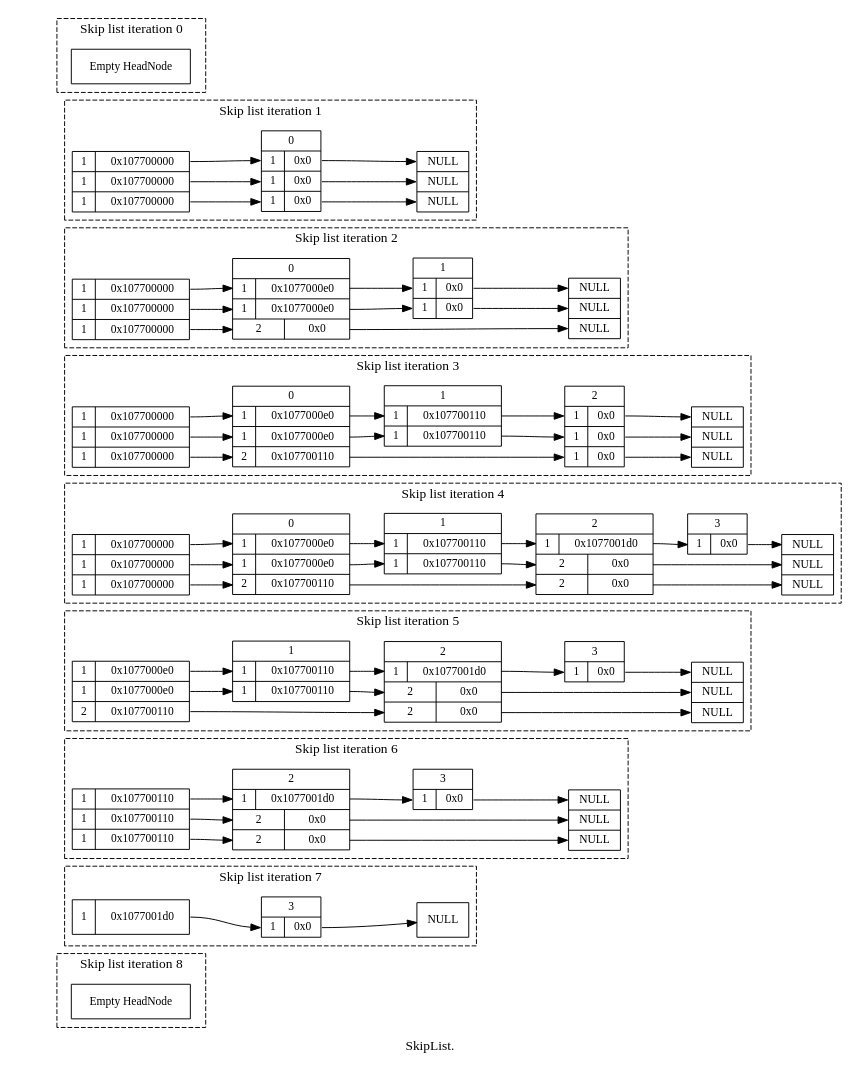
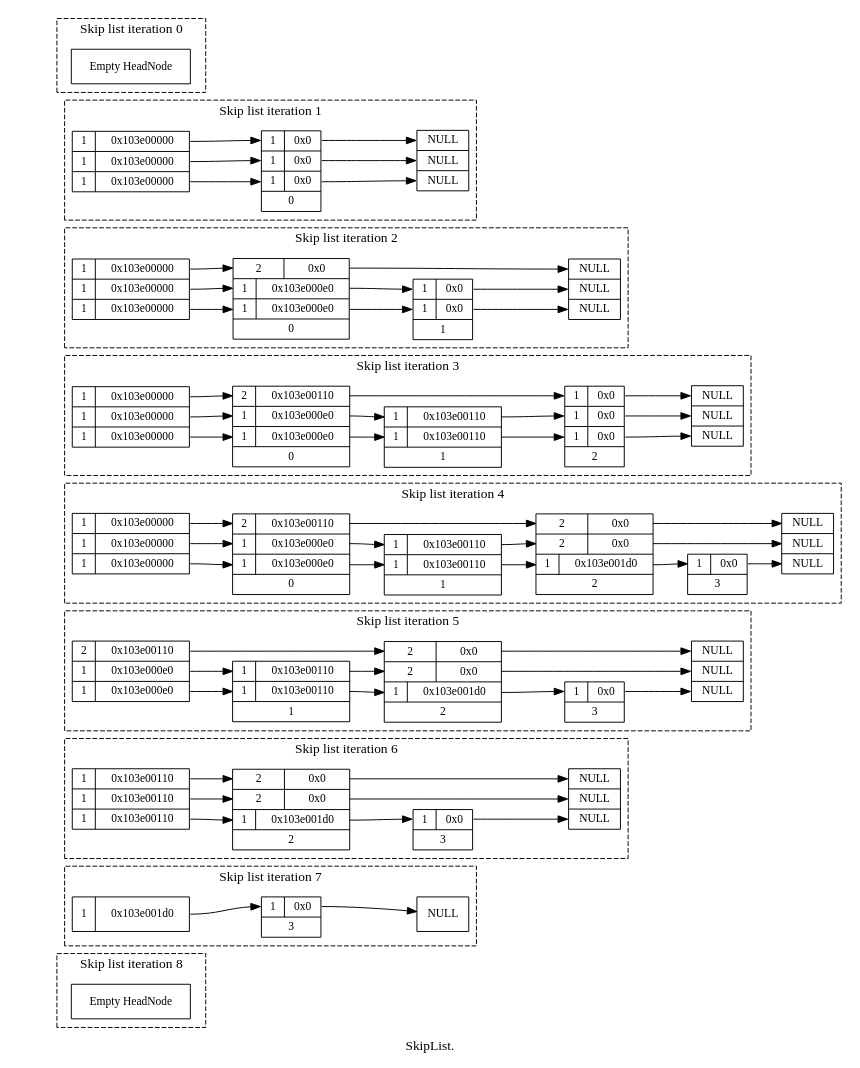
One commit to paulross/skiplist changed the diagram in doc/skiplist_visualisation/dot/doc_insert_remove.dot. Above: the diagram before and after it, drawn with Graphviz. The commit also changed 27 other files, not shown here.

```diff
--- a/doc/skiplist_visualisation/dot/doc_insert_remove.dot
+++ b/doc/skiplist_visualisation/dot/doc_insert_remove.dot
@@ -8,208 +8,235 @@
 subgraph cluster0 {
 style=dashed
 label="Skip list iteration 0"
+
 "HeadNode0" [
 label = "Empty HeadNode"
 shape = "record"
 ];
+
+
 }
 
 subgraph cluster1 {
 style=dashed
 label="Skip list iteration 1"
+
 "HeadNode1" [
-label = "{ 1 | <f0> 0x107700000} | { 1 | <f1> 0x107700000} | { 1 | <f2> 0x107700000}"
+label = "{ 1 | <f3> 0x103e00000} | { 1 | <f2> 0x103e00000} | { 1 | <f1> 0x103e00000}"
 shape = "record"
 ];
-"node10x0" [label = "<w1> NULL | <w2> NULL | <w3> NULL" shape = "record"];
-"HeadNode1":f0 -> "node10x107700000":w1 [];
-"HeadNode1":f1 -> "node10x107700000":w2 [];
-"HeadNode1":f2 -> "node10x107700000":w3 [];
-"node10x107700000" [
-label = "<f0> 0 | { <w1> 1 | <f1> 0x0 } | { <w2> 1 | <f2> 0x0 } | { <w3> 1 | <f3> 0x0 }"
+"HeadNode1":f1 -> "node10x103e00000":w1 [];
+"HeadNode1":f2 -> "node10x103e00000":w2 [];
+"HeadNode1":f3 -> "node10x103e00000":w3 [];
+
+"node10x103e00000" [
+label = " { <w3> 1 | <f3> 0x0 } | { <w2> 1 | <f2> 0x0 } | { <w1> 1 | <f1> 0x0 } | <f0> 0"
 shape = "record"
 ];
-"node10x107700000":f1 -> "node10x0":w1 [];
-"node10x107700000":f2 -> "node10x0":w2 [];
-"node10x107700000":f3 -> "node10x0":w3 [];
+"node10x103e00000":f1 -> "node10x0":w1 [];
+"node10x103e00000":f2 -> "node10x0":w2 [];
+"node10x103e00000":f3 -> "node10x0":w3 [];
+
+"node10x0" [label = "<w3> NULL | <w2> NULL | <w1> NULL" shape = "record"];
 }
 
 subgraph cluster2 {
 style=dashed
 label="Skip list iteration 2"
+
 "HeadNode2" [
-label = "{ 1 | <f0> 0x107700000} | { 1 | <f1> 0x107700000} | { 1 | <f2> 0x107700000}"
+label = "{ 1 | <f3> 0x103e00000} | { 1 | <f2> 0x103e00000} | { 1 | <f1> 0x103e00000}"
 shape = "record"
 ];
-"node20x0" [label = "<w1> NULL | <w2> NULL | <w3> NULL" shape = "record"];
-"HeadNode2":f0 -> "node20x107700000":w1 [];
-"HeadNode2":f1 -> "node20x107700000":w2 [];
-"HeadNode2":f2 -> "node20x107700000":w3 [];
-"node20x107700000" [
-label = "<f0> 0 | { <w1> 1 | <f1> 0x1077000e0 } | { <w2> 1 | <f2> 0x1077000e0 } | { <w3> 2 | <f3> 0x0 }"
+"HeadNode2":f1 -> "node20x103e00000":w1 [];
+"HeadNode2":f2 -> "node20x103e00000":w2 [];
+"HeadNode2":f3 -> "node20x103e00000":w3 [];
+
+"node20x103e00000" [
+label = " { <w3> 2 | <f3> 0x0 } | { <w2> 1 | <f2> 0x103e000e0 } | { <w1> 1 | <f1> 0x103e000e0 } | <f0> 0"
 shape = "record"
 ];
-"node20x107700000":f1 -> "node20x1077000e0":w1 [];
-"node20x107700000":f2 -> "node20x1077000e0":w2 [];
-"node20x107700000":f3 -> "node20x0":w3 [];
-"node20x1077000e0" [
-label = "<f0> 1 | { <w1> 1 | <f1> 0x0 } | { <w2> 1 | <f2> 0x0 }"
+"node20x103e00000":f1 -> "node20x103e000e0":w1 [];
+"node20x103e00000":f2 -> "node20x103e000e0":w2 [];
+"node20x103e00000":f3 -> "node20x0":w3 [];
+"node20x103e000e0" [
+label = " { <w2> 1 | <f2> 0x0 } | { <w1> 1 | <f1> 0x0 } | <f0> 1"
 shape = "record"
 ];
-"node20x1077000e0":f1 -> "node20x0":w1 [];
-"node20x1077000e0":f2 -> "node20x0":w2 [];
+"node20x103e000e0":f1 -> "node20x0":w1 [];
+"node20x103e000e0":f2 -> "node20x0":w2 [];
+
+"node20x0" [label = "<w3> NULL | <w2> NULL | <w1> NULL" shape = "record"];
 }
 
 subgraph cluster3 {
 style=dashed
 label="Skip list iteration 3"
+
 "HeadNode3" [
-label = "{ 1 | <f0> 0x107700000} | { 1 | <f1> 0x107700000} | { 1 | <f2> 0x107700000}"
+label = "{ 1 | <f3> 0x103e00000} | { 1 | <f2> 0x103e00000} | { 1 | <f1> 0x103e00000}"
 shape = "record"
 ];
-"node30x0" [label = "<w1> NULL | <w2> NULL | <w3> NULL" shape = "record"];
-"HeadNode3":f0 -> "node30x107700000":w1 [];
-"HeadNode3":f1 -> "node30x107700000":w2 [];
-"HeadNode3":f2 -> "node30x107700000":w3 [];
-"node30x107700000" [
-label = "<f0> 0 | { <w1> 1 | <f1> 0x1077000e0 } | { <w2> 1 | <f2> 0x1077000e0 } | { <w3> 2 | <f3> 0x107700110 }"
+"HeadNode3":f1 -> "node30x103e00000":w1 [];
+"HeadNode3":f2 -> "node30x103e00000":w2 [];
+"HeadNode3":f3 -> "node30x103e00000":w3 [];
+
+"node30x103e00000" [
+label = " { <w3> 2 | <f3> 0x103e00110 } | { <w2> 1 | <f2> 0x103e000e0 } | { <w1> 1 | <f1> 0x103e000e0 } | <f0> 0"
 shape = "record"
 ];
-"node30x107700000":f1 -> "node30x1077000e0":w1 [];
-"node30x107700000":f2 -> "node30x1077000e0":w2 [];
-"node30x107700000":f3 -> "node30x107700110":w3 [];
-"node30x1077000e0" [
-label = "<f0> 1 | { <w1> 1 | <f1> 0x107700110 } | { <w2> 1 | <f2> 0x107700110 }"
+"node30x103e00000":f1 -> "node30x103e000e0":w1 [];
+"node30x103e00000":f2 -> "node30x103e000e0":w2 [];
+"node30x103e00000":f3 -> "node30x103e00110":w3 [];
+"node30x103e000e0" [
+label = " { <w2> 1 | <f2> 0x103e00110 } | { <w1> 1 | <f1> 0x103e00110 } | <f0> 1"
 shape = "record"
 ];
-"node30x1077000e0":f1 -> "node30x107700110":w1 [];
-"node30x1077000e0":f2 -> "node30x107700110":w2 [];
-"node30x107700110" [
-label = "<f0> 2 | { <w1> 1 | <f1> 0x0 } | { <w2> 1 | <f2> 0x0 } | { <w3> 1 | <f3> 0x0 }"
+"node30x103e000e0":f1 -> "node30x103e00110":w1 [];
+"node30x103e000e0":f2 -> "node30x103e00110":w2 [];
+"node30x103e00110" [
+label = " { <w3> 1 | <f3> 0x0 } | { <w2> 1 | <f2> 0x0 } | { <w1> 1 | <f1> 0x0 } | <f0> 2"
 shape = "record"
 ];
-"node30x107700110":f1 -> "node30x0":w1 [];
-"node30x107700110":f2 -> "node30x0":w2 [];
-"node30x107700110":f3 -> "node30x0":w3 [];
+"node30x103e00110":f1 -> "node30x0":w1 [];
+"node30x103e00110":f2 -> "node30x0":w2 [];
+"node30x103e00110":f3 -> "node30x0":w3 [];
+
+"node30x0" [label = "<w3> NULL | <w2> NULL | <w1> NULL" shape = "record"];
 }
 
 subgraph cluster4 {
 style=dashed
 label="Skip list iteration 4"
+
 "HeadNode4" [
-label = "{ 1 | <f0> 0x107700000} | { 1 | <f1> 0x107700000} | { 1 | <f2> 0x107700000}"
+label = "{ 1 | <f3> 0x103e00000} | { 1 | <f2> 0x103e00000} | { 1 | <f1> 0x103e00000}"
 shape = "record"
 ];
-"node40x0" [label = "<w1> NULL | <w2> NULL | <w3> NULL" shape = "record"];
-"HeadNode4":f0 -> "node40x107700000":w1 [];
-"HeadNode4":f1 -> "node40x107700000":w2 [];
-"HeadNode4":f2 -> "node40x107700000":w3 [];
-"node40x107700000" [
-label = "<f0> 0 | { <w1> 1 | <f1> 0x1077000e0 } | { <w2> 1 | <f2> 0x1077000e0 } | { <w3> 2 | <f3> 0x107700110 }"
+"HeadNode4":f1 -> "node40x103e00000":w1 [];
+"HeadNode4":f2 -> "node40x103e00000":w2 [];
+"HeadNode4":f3 -> "node40x103e00000":w3 [];
+
+"node40x103e00000" [
+label = " { <w3> 2 | <f3> 0x103e00110 } | { <w2> 1 | <f2> 0x103e000e0 } | { <w1> 1 | <f1> 0x103e000e0 } | <f0> 0"
 shape = "record"
 ];
-"node40x107700000":f1 -> "node40x1077000e0":w1 [];
-"node40x107700000":f2 -> "node40x1077000e0":w2 [];
-"node40x107700000":f3 -> "node40x107700110":w3 [];
-"node40x1077000e0" [
-label = "<f0> 1 | { <w1> 1 | <f1> 0x107700110 } | { <w2> 1 | <f2> 0x107700110 }"
+"node40x103e00000":f1 -> "node40x103e000e0":w1 [];
+"node40x103e00000":f2 -> "node40x103e000e0":w2 [];
+"node40x103e00000":f3 -> "node40x103e00110":w3 [];
+"node40x103e000e0" [
+label = " { <w2> 1 | <f2> 0x103e00110 } | { <w1> 1 | <f1> 0x103e00110 } | <f0> 1"
 shape = "record"
 ];
-"node40x1077000e0":f1 -> "node40x107700110":w1 [];
-"node40x1077000e0":f2 -> "node40x107700110":w2 [];
-"node40x107700110" [
-label = "<f0> 2 | { <w1> 1 | <f1> 0x1077001d0 } | { <w2> 2 | <f2> 0x0 } | { <w3> 2 | <f3> 0x0 }"
+"node40x103e000e0":f1 -> "node40x103e00110":w1 [];
+"node40x103e000e0":f2 -> "node40x103e00110":w2 [];
+"node40x103e00110" [
+label = " { <w3> 2 | <f3> 0x0 } | { <w2> 2 | <f2> 0x0 } | { <w1> 1 | <f1> 0x103e001d0 } | <f0> 2"
 shape = "record"
 ];
-"node40x107700110":f1 -> "node40x1077001d0":w1 [];
-"node40x107700110":f2 -> "node40x0":w2 [];
-"node40x107700110":f3 -> "node40x0":w3 [];
-"node40x1077001d0" [
-label = "<f0> 3 | { <w1> 1 | <f1> 0x0 }"
+"node40x103e00110":f1 -> "node40x103e001d0":w1 [];
+"node40x103e00110":f2 -> "node40x0":w2 [];
+"node40x103e00110":f3 -> "node40x0":w3 [];
+"node40x103e001d0" [
+label = " { <w1> 1 | <f1> 0x0 } | <f0> 3"
 shape = "record"
 ];
-"node40x1077001d0":f1 -> "node40x0":w1 [];
+"node40x103e001d0":f1 -> "node40x0":w1 [];
+
+"node40x0" [label = "<w3> NULL | <w2> NULL | <w1> NULL" shape = "record"];
 }
 
 subgraph cluster5 {
 style=dashed
 label="Skip list iteration 5"
+
 "HeadNode5" [
-label = "{ 1 | <f0> 0x1077000e0} | { 1 | <f1> 0x1077000e0} | { 2 | <f2> 0x107700110}"
+label = "{ 2 | <f3> 0x103e00110} | { 1 | <f2> 0x103e000e0} | { 1 | <f1> 0x103e000e0}"
 shape = "record"
 ];
-"node50x0" [label = "<w1> NULL | <w2> NULL | <w3> NULL" shape = "record"];
-"HeadNode5":f0 -> "node50x1077000e0":w1 [];
-"HeadNode5":f1 -> "node50x1077000e0":w2 [];
-"HeadNode5":f2 -> "node50x107700110":w3 [];
-"node50x1077000e0" [
-label = "<f0> 1 | { <w1> 1 | <f1> 0x107700110 } | { <w2> 1 | <f2> 0x107700110 }"
+"HeadNode5":f1 -> "node50x103e000e0":w1 [];
+"HeadNode5":f2 -> "node50x103e000e0":w2 [];
+"HeadNode5":f3 -> "node50x103e00110":w3 [];
+
+"node50x103e000e0" [
+label = " { <w2> 1 | <f2> 0x103e00110 } | { <w1> 1 | <f1> 0x103e00110 } | <f0> 1"
 shape = "record"
 ];
-"node50x1077000e0":f1 -> "node50x107700110":w1 [];
-"node50x1077000e0":f2 -> "node50x107700110":w2 [];
-"node50x107700110" [
-label = "<f0> 2 | { <w1> 1 | <f1> 0x1077001d0 } | { <w2> 2 | <f2> 0x0 } | { <w3> 2 | <f3> 0x0 }"
+"node50x103e000e0":f1 -> "node50x103e00110":w1 [];
+"node50x103e000e0":f2 -> "node50x103e00110":w2 [];
+"node50x103e00110" [
+label = " { <w3> 2 | <f3> 0x0 } | { <w2> 2 | <f2> 0x0 } | { <w1> 1 | <f1> 0x103e001d0 } | <f0> 2"
 shape = "record"
 ];
-"node50x107700110":f1 -> "node50x1077001d0":w1 [];
-"node50x107700110":f2 -> "node50x0":w2 [];
-"node50x107700110":f3 -> "node50x0":w3 [];
-"node50x1077001d0" [
-label = "<f0> 3 | { <w1> 1 | <f1> 0x0 }"
+"node50x103e00110":f1 -> "node50x103e001d0":w1 [];
+"node50x103e00110":f2 -> "node50x0":w2 [];
+"node50x103e00110":f3 -> "node50x0":w3 [];
+"node50x103e001d0" [
+label = " { <w1> 1 | <f1> 0x0 } | <f0> 3"
 shape = "record"
 ];
-"node50x1077001d0":f1 -> "node50x0":w1 [];
+"node50x103e001d0":f1 -> "node50x0":w1 [];
+
+"node50x0" [label = "<w3> NULL | <w2> NULL | <w1> NULL" shape = "record"];
 }
 
 subgraph cluster6 {
 style=dashed
 label="Skip list iteration 6"
+
 "HeadNode6" [
-label = "{ 1 | <f0> 0x107700110} | { 1 | <f1> 0x107700110} | { 1 | <f2> 0x107700110}"
+label = "{ 1 | <f3> 0x103e00110} | { 1 | <f2> 0x103e00110} | { 1 | <f1> 0x103e00110}"
 shape = "record"
 ];
-"node60x0" [label = "<w1> NULL | <w2> NULL | <w3> NULL" shape = "record"];
-"HeadNode6":f0 -> "node60x107700110":w1 [];
-"HeadNode6":f1 -> "node60x107700110":w2 [];
-"HeadNode6":f2 -> "node60x107700110":w3 [];
-"node60x107700110" [
-label = "<f0> 2 | { <w1> 1 | <f1> 0x1077001d0 } | { <w2> 2 | <f2> 0x0 } | { <w3> 2 | <f3> 0x0 }"
+"HeadNode6":f1 -> "node60x103e00110":w1 [];
+"HeadNode6":f2 -> "node60x103e00110":w2 [];
+"HeadNode6":f3 -> "node60x103e00110":w3 [];
+
+"node60x103e00110" [
+label = " { <w3> 2 | <f3> 0x0 } | { <w2> 2 | <f2> 0x0 } | { <w1> 1 | <f1> 0x103e001d0 } | <f0> 2"
 shape = "record"
 ];
-"node60x107700110":f1 -> "node60x1077001d0":w1 [];
-"node60x107700110":f2 -> "node60x0":w2 [];
-"node60x107700110":f3 -> "node60x0":w3 [];
-"node60x1077001d0" [
-label = "<f0> 3 | { <w1> 1 | <f1> 0x0 }"
+"node60x103e00110":f1 -> "node60x103e001d0":w1 [];
+"node60x103e00110":f2 -> "node60x0":w2 [];
+"node60x103e00110":f3 -> "node60x0":w3 [];
+"node60x103e001d0" [
+label = " { <w1> 1 | <f1> 0x0 } | <f0> 3"
 shape = "record"
 ];
-"node60x1077001d0":f1 -> "node60x0":w1 [];
+"node60x103e001d0":f1 -> "node60x0":w1 [];
+
+"node60x0" [label = "<w3> NULL | <w2> NULL | <w1> NULL" shape = "record"];
 }
 
 subgraph cluster7 {
 style=dashed
 label="Skip list iteration 7"
+
 "HeadNode7" [
-label = "{ 1 | <f0> 0x1077001d0}"
+label = "{ 1 | <f1> 0x103e001d0}"
 shape = "record"
 ];
-"node70x0" [label = "<w1> NULL" shape = "record"];
-"HeadNode7":f0 -> "node70x1077001d0":w1 [];
-"node70x1077001d0" [
-label = "<f0> 3 | { <w1> 1 | <f1> 0x0 }"
+"HeadNode7":f1 -> "node70x103e001d0":w1 [];
+
+"node70x103e001d0" [
+label = " { <w1> 1 | <f1> 0x0 } | <f0> 3"
 shape = "record"
 ];
-"node70x1077001d0":f1 -> "node70x0":w1 [];
+"node70x103e001d0":f1 -> "node70x0":w1 [];
+
+"node70x0" [label = "<w1> NULL" shape = "record"];
 }
 
 subgraph cluster8 {
 style=dashed
 label="Skip list iteration 8"
+
 "HeadNode8" [
 label = "Empty HeadNode"
 shape = "record"
 ];
+
+
 }
 
 node0 [shape=record, label = "<f0> | <f1> | <f2> | <f3> | <f4> | <f5> | <f6> | <f7> | <f8> | ", style=invis, width=0.01];
```
